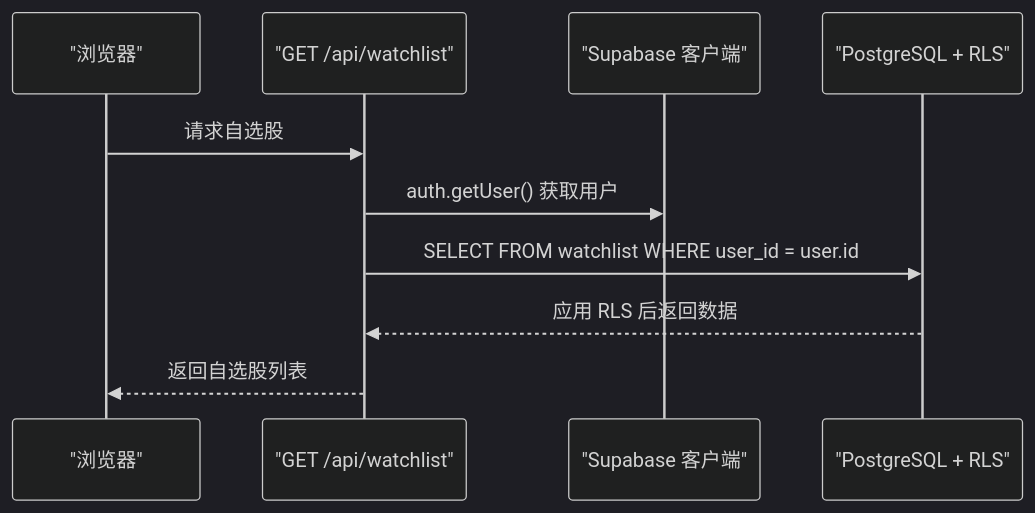
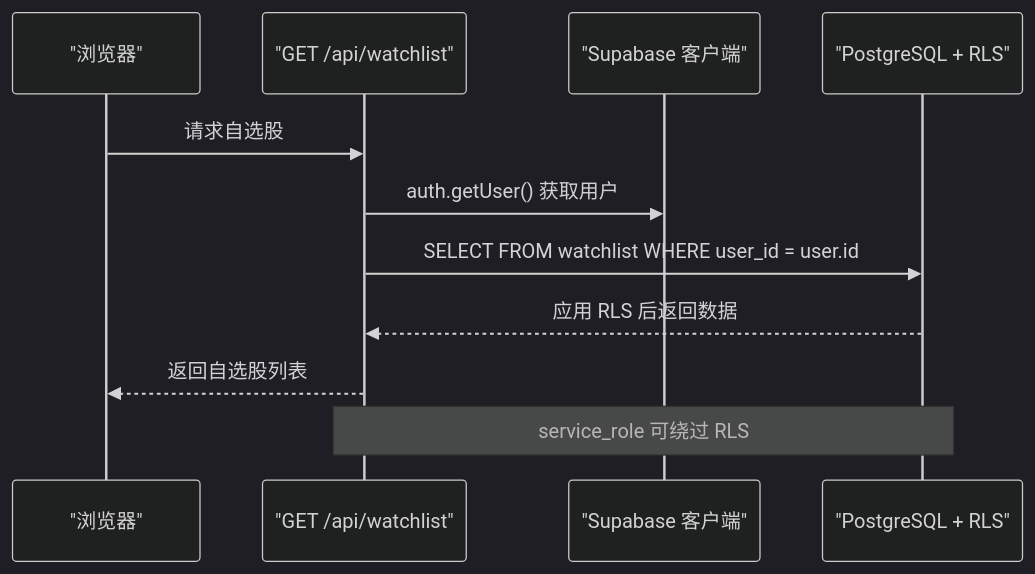
The sixth of 8 diagrams in .qoder/repowiki/zh/content/数据库设计/行级安全策略.md (javalittleman1/virtual-stock-trading), drawn with Mermaid (dark theme) before and after one commit. The commit also changed other lines of this file and 6 other files, not shown here.

````diff
--- a/.qoder/repowiki/zh/content/数据库设计/行级安全策略.md
+++ b/.qoder/repowiki/zh/content/数据库设计/行级安全策略.md
@@ -315,12 +357,13 @@
 ```mermaid
 sequenceDiagram
 participant Client as "浏览器"
 participant API as "GET /api/watchlist"
 participant Supabase as "Supabase 客户端"
 participant DB as "PostgreSQL + RLS"
 Client->>API : 请求自选股
 API->>Supabase : auth.getUser() 获取用户
 API->>DB : SELECT FROM watchlist WHERE user_id = user.id
 DB-->>API : 应用 RLS 后返回数据
 API-->>Client : 返回自选股列表
+Note over API,DB : service_role 可绕过 RLS
 ```
````
